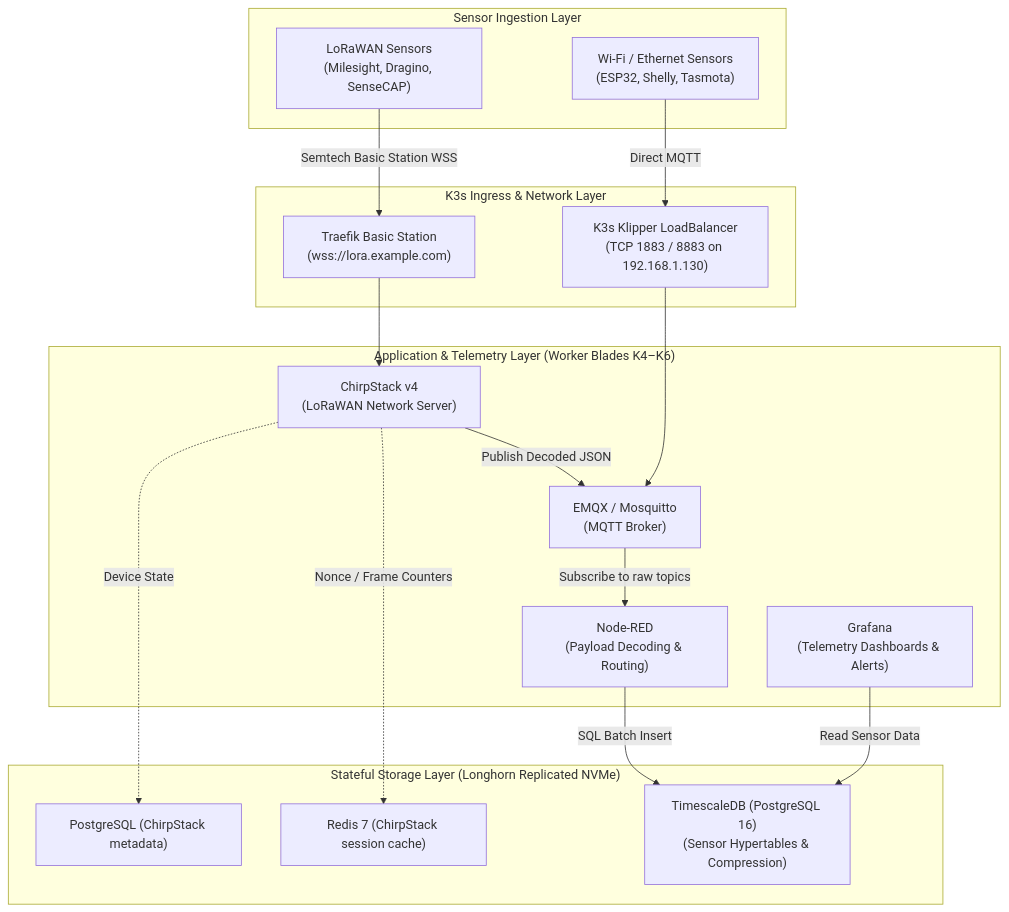
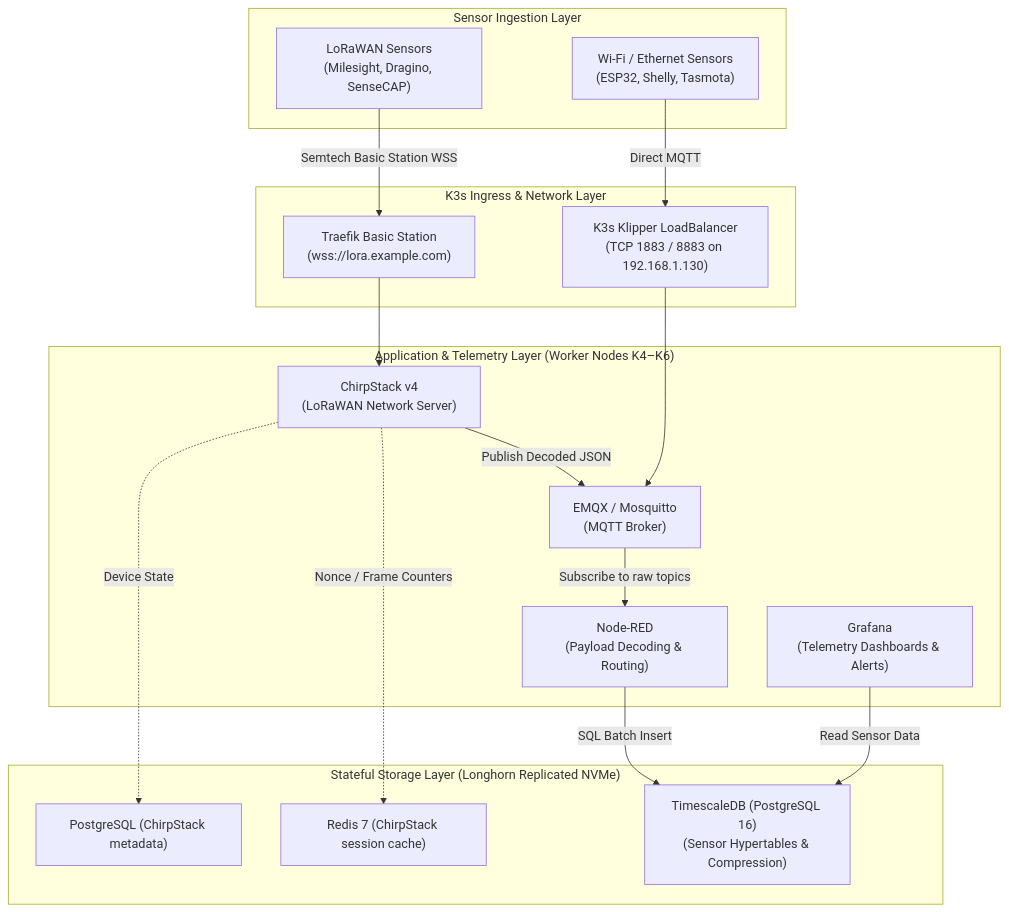
One commit to paulkanz/super6c-k3s-ha changed the first of 2 diagrams in docs/IOT_LORAWAN_STACK_ARCHITECTURE.md. Above: the diagram before and after it, drawn with Mermaid. The commit also changed other lines of this file and 13 other files, not shown here.

Commit message:
docs: standardize terminology from blade to compute module/node across architecture and diagrams

````diff
--- a/docs/IOT_LORAWAN_STACK_ARCHITECTURE.md
+++ b/docs/IOT_LORAWAN_STACK_ARCHITECTURE.md
@@ -46,36 +46,36 @@
 ```mermaid
 flowchart TD
     subgraph SENSORS ["Sensor Ingestion Layer"]
         LORA["LoRaWAN Sensors<br/>(Milesight, Dragino, SenseCAP)"]
         WIFI["Wi-Fi / Ethernet Sensors<br/>(ESP32, Shelly, Tasmota)"]
     end
 
     subgraph INGRESS ["K3s Ingress & Network Layer"]
         BS["Traefik Basic Station<br/>(wss://lora.example.com)"]
         MQTT_PORT["K3s Klipper LoadBalancer<br/>(TCP 1883 / 8883 on 192.168.1.130)"]
     end
 
-    subgraph APPS ["Application & Telemetry Layer (Worker Blades K4–K6)"]
+    subgraph APPS ["Application & Telemetry Layer (Worker Nodes K4–K6)"]
         CS["ChirpStack v4<br/>(LoRaWAN Network Server)"]
         EMQX_SVC["EMQX / Mosquitto<br/>(MQTT Broker)"]
         NODERED["Node-RED<br/>(Payload Decoding & Routing)"]
         GRAF["Grafana<br/>(Telemetry Dashboards & Alerts)"]
     end
 
     subgraph STORAGE ["Stateful Storage Layer (Longhorn Replicated NVMe)"]
         PG_CS["PostgreSQL (ChirpStack metadata)"]
         REDIS_CS["Redis 7 (ChirpStack session cache)"]
         TIMESCALEDB["TimescaleDB (PostgreSQL 16)<br/>(Sensor Hypertables & Compression)"]
     end
 
     LORA -->|Semtech Basic Station WSS| BS
     BS --> CS
     CS -->|Publish Decoded JSON| EMQX_SVC
     WIFI -->|Direct MQTT| MQTT_PORT
     MQTT_PORT --> EMQX_SVC
     EMQX_SVC -->|Subscribe to raw topics| NODERED
     NODERED -->|SQL Batch Insert| TIMESCALEDB
     CS -.->|Device State| PG_CS
     CS -.->|Nonce / Frame Counters| REDIS_CS
     GRAF -->|Read Sensor Data| TIMESCALEDB
 ```
````
